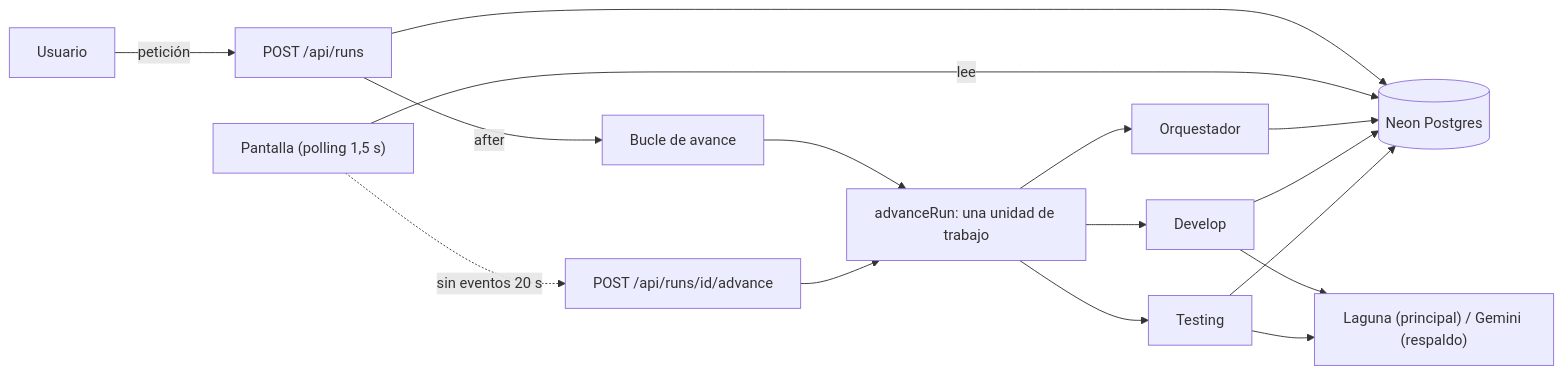
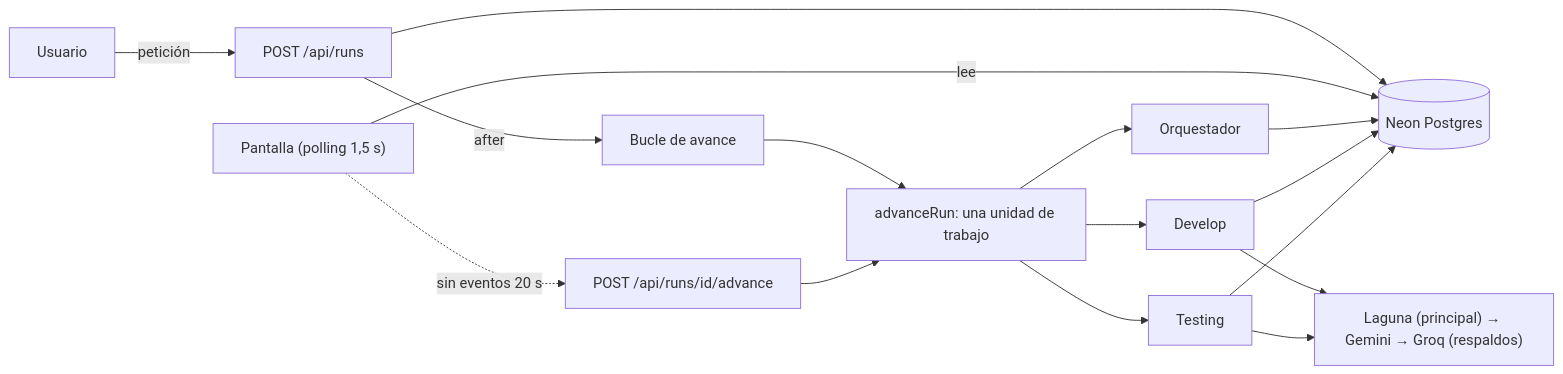
Before and after one commit to Guille6520/agentes-equipo: the diagram in README.md, drawn with Mermaid. The commit also changed other lines of this file and 2 other files, not shown here.

Commit message:
docs: document the Groq fallback and the scope guard

````diff
--- a/README.md
+++ b/README.md
@@ -67,15 +69,15 @@
 ```mermaid
 flowchart LR
   U[Usuario] -->|petición| API["POST /api/runs"]
   API --> DB[("Neon Postgres")]
   API -->|after| L["Bucle de avance"]
   UI["Pantalla (polling 1,5 s)"] -->|lee| DB
   UI -.->|"sin eventos 20 s"| ADV["POST /api/runs/id/advance"]
   L --> S["advanceRun: una unidad de trabajo"]
   ADV --> S
   S --> O["Orquestador"]
   S --> D["Develop"]
   S --> T["Testing"]
   O & D & T --> DB
-  D & T --> M["Laguna (principal) / Gemini (respaldo)"]
+  D & T --> M["Laguna (principal) → Gemini → Groq (respaldos)"]
 ```
````
